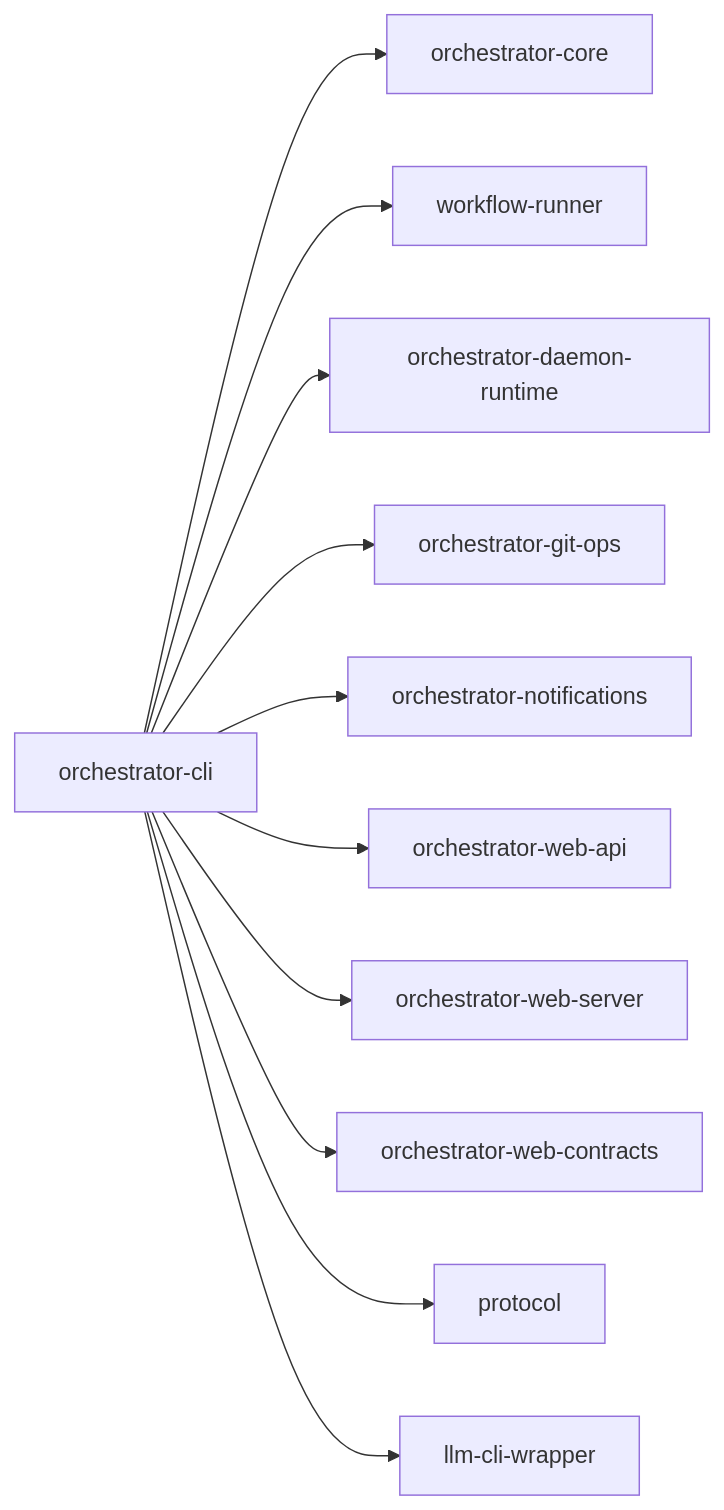
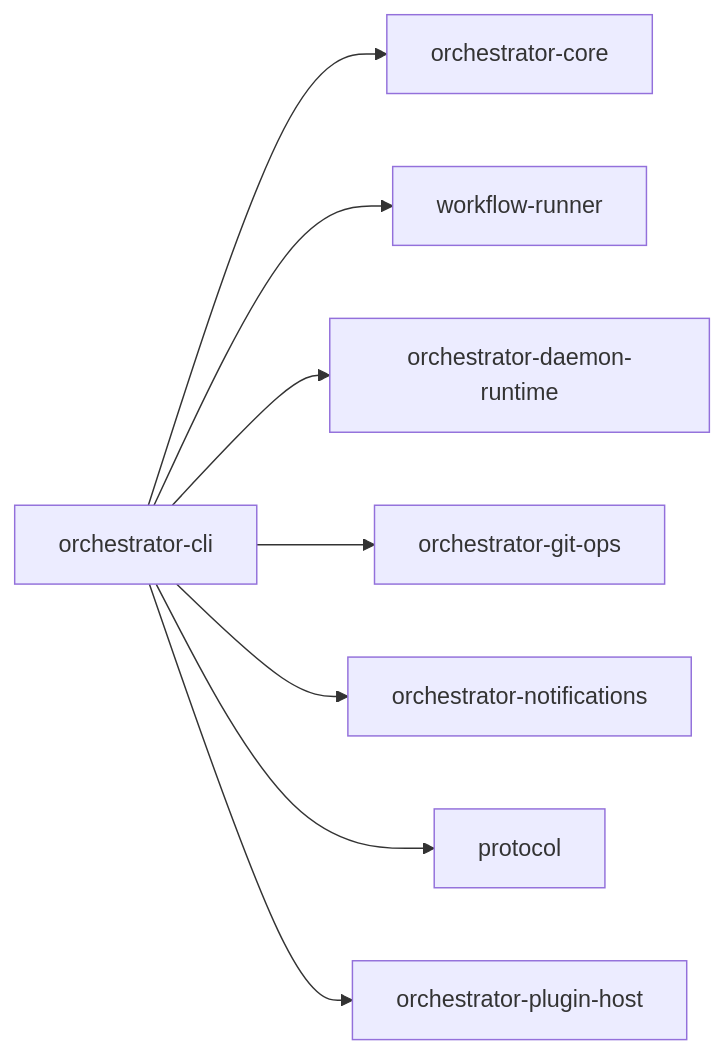
One commit to launchapp-dev/ao-cli changed the third of 3 diagrams in crates/orchestrator-cli/README.md. Above: the diagram before and after it, drawn with Mermaid. The commit also changed 9 other files, not shown here.

First line of the commit message:
chore: scrub stale orchestrator-web-* references in CI workflows + READMEs

````diff
--- a/crates/orchestrator-cli/README.md
+++ b/crates/orchestrator-cli/README.md
@@ -125,25 +125,19 @@
 ```mermaid
 graph LR
     CLI["orchestrator-cli"]
     CORE["orchestrator-core"]
     WFR["workflow-runner"]
     DRT["orchestrator-daemon-runtime"]
     GIT["orchestrator-git-ops"]
     NOTIF["orchestrator-notifications"]
-    WEBAPI["orchestrator-web-api"]
-    WEBSRV["orchestrator-web-server"]
-    WEBCON["orchestrator-web-contracts"]
     PROTO["protocol"]
-    WRAP["llm-cli-wrapper"]
+    HOST["orchestrator-plugin-host"]
 
     CLI --> CORE
     CLI --> WFR
     CLI --> DRT
     CLI --> GIT
     CLI --> NOTIF
-    CLI --> WEBAPI
-    CLI --> WEBSRV
-    CLI --> WEBCON
     CLI --> PROTO
-    CLI --> WRAP
+    CLI --> HOST
 ```
````
